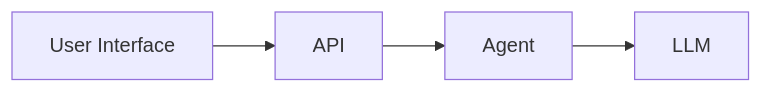
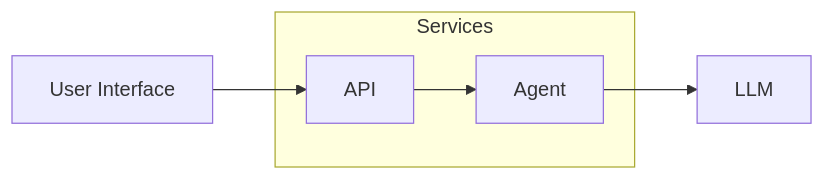
The diagram in ai/Agentic_AI_Blueprint.md (aziz0519/reference-architectures), drawn with Mermaid before and after one commit. The commit also changed other lines of this file and 4 other files, not shown here.

````diff
--- a/ai/Agentic_AI_Blueprint.md
+++ b/ai/Agentic_AI_Blueprint.md
@@ -26,5 +26,10 @@
 ```mermaid
 flowchart LR
+    subgraph Services
+        b
+        c
+    end 
+
     a["User Interface"] --> b["API"] --> c["Agent"] --> d["LLM"]
 
 ```
````
